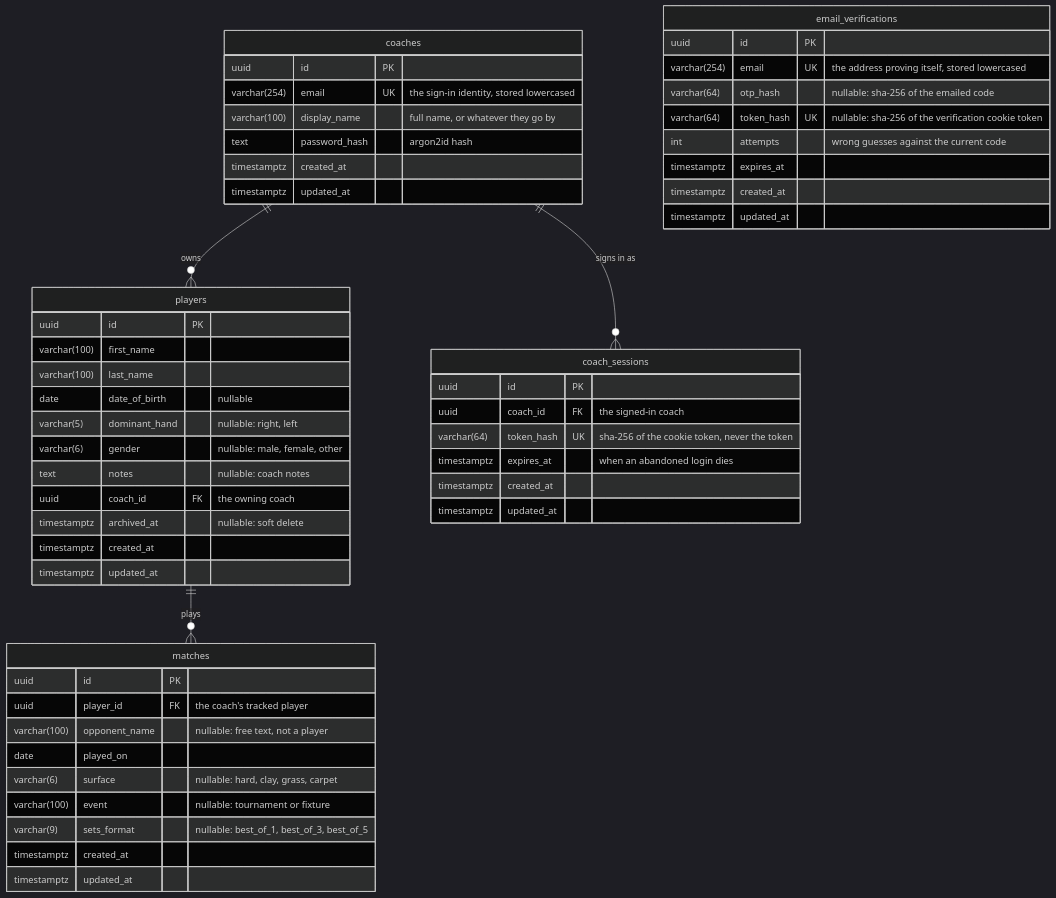
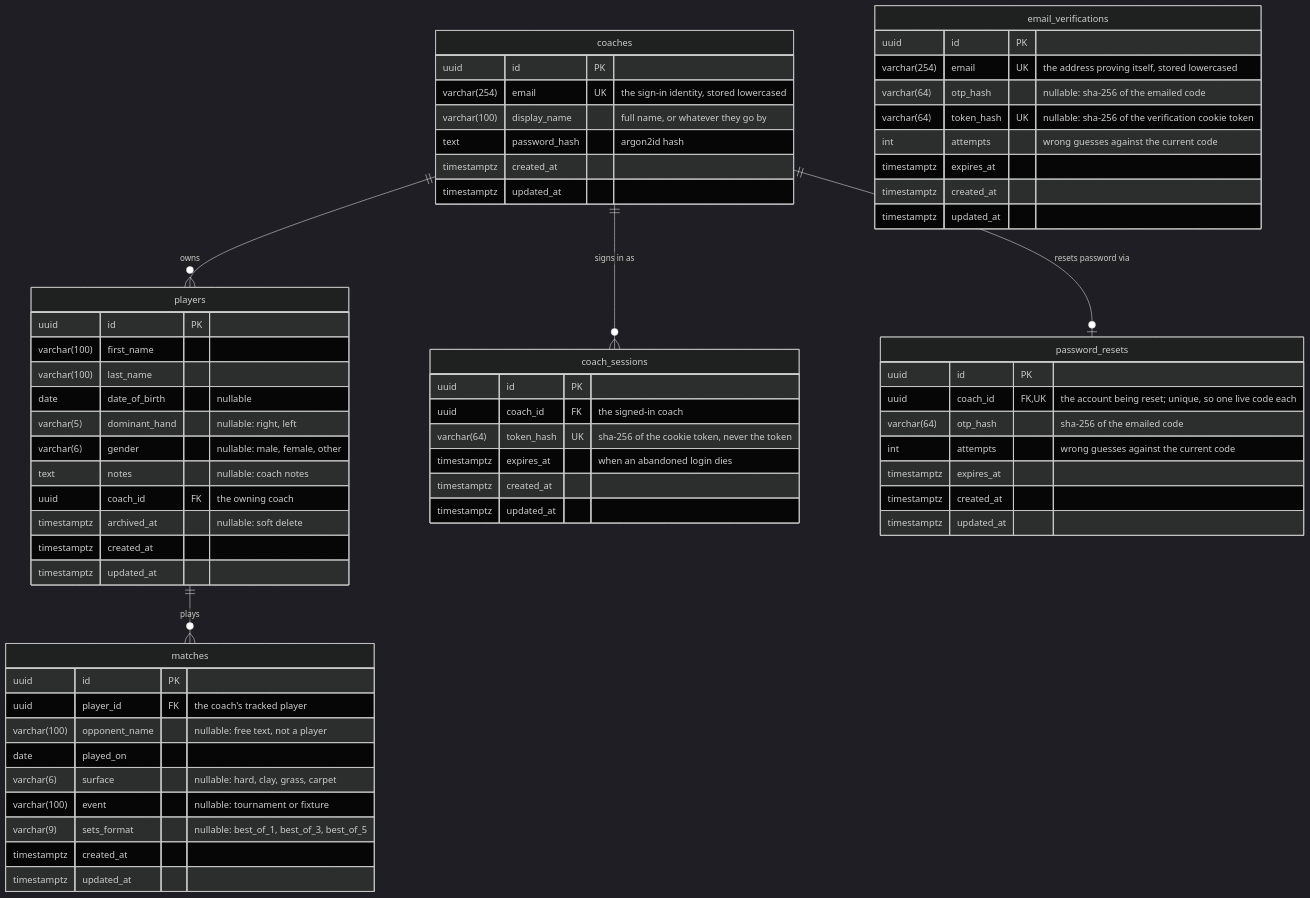
One commit to tkabalin/matchpoint changed the diagram in docs/data-model.md. Above: the diagram before and after it, drawn with Mermaid (dark theme). The commit also changed 14 other files, not shown here.

First line of the commit message:
feat(api): reset a forgotten password with an emailed code

````diff
--- a/docs/data-model.md
+++ b/docs/data-model.md
@@ -12,61 +12,72 @@
 ```mermaid
 erDiagram
     coaches ||--o{ players : owns
     coaches ||--o{ coach_sessions : "signs in as"
+    coaches ||--o| password_resets : "resets password via"
     players ||--o{ matches : plays
 
     coaches {
         uuid id PK
         varchar(254) email UK "the sign-in identity, stored lowercased"
         varchar(100) display_name "full name, or whatever they go by"
         text password_hash "argon2id hash"
         timestamptz created_at
         timestamptz updated_at
     }
 
     coach_sessions {
         uuid id PK
         uuid coach_id FK "the signed-in coach"
         varchar(64) token_hash UK "sha-256 of the cookie token, never the token"
         timestamptz expires_at "when an abandoned login dies"
         timestamptz created_at
         timestamptz updated_at
     }
 
     email_verifications {
         uuid id PK
         varchar(254) email UK "the address proving itself, stored lowercased"
         varchar(64) otp_hash "nullable: sha-256 of the emailed code"
         varchar(64) token_hash UK "nullable: sha-256 of the verification cookie token"
+        int attempts "wrong guesses against the current code"
+        timestamptz expires_at
+        timestamptz created_at
+        timestamptz updated_at
+    }
+
+    password_resets {
+        uuid id PK
+        uuid coach_id FK,UK "the account being reset; unique, so one live code each"
+        varchar(64) otp_hash "sha-256 of the emailed code"
         int attempts "wrong guesses against the current code"
         timestamptz expires_at
         timestamptz created_at
         timestamptz updated_at
     }
 
     players {
         uuid id PK
         varchar(100) first_name
         varchar(100) last_name
         date date_of_birth "nullable"
         varchar(5) dominant_hand "nullable: right, left"
         varchar(6) gender "nullable: male, female, other"
         text notes "nullable: coach notes"
         uuid coach_id FK "the owning coach"
         timestamptz archived_at "nullable: soft delete"
         timestamptz created_at
         timestamptz updated_at
     }
 
     matches {
         uuid id PK
         uuid player_id FK "the coach's tracked player"
         varchar(100) opponent_name "nullable: free text, not a player"
         date played_on
         varchar(6) surface "nullable: hard, clay, grass, carpet"
         varchar(100) event "nullable: tournament or fixture"
         varchar(9) sets_format "nullable: best_of_1, best_of_3, best_of_5"
         timestamptz created_at
         timestamptz updated_at
     }
 ```
````
